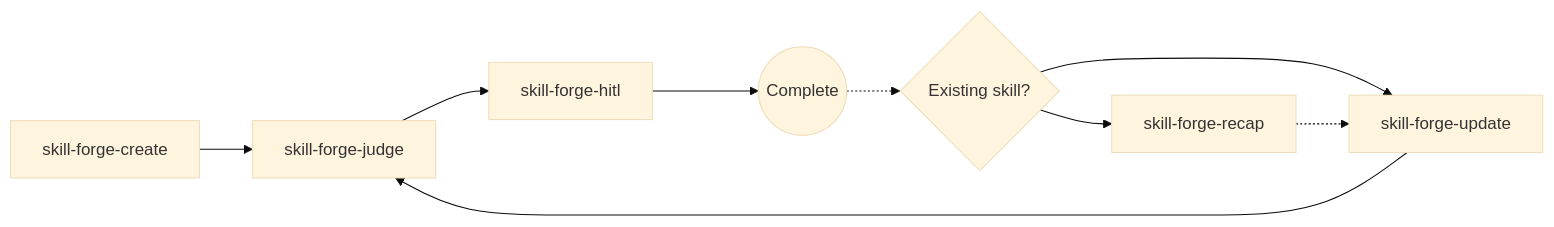
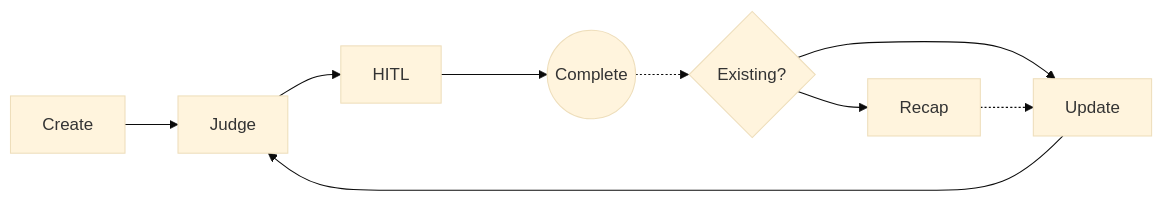
Before and after one commit to WrathZA/skillforge: the diagram in README.md, drawn with Mermaid (base theme).

Commit message:
readme: clean up mermaid diagram labels and styling

````diff
--- a/README.md
+++ b/README.md
@@ -5,11 +5,11 @@
 ```mermaid
 flowchart LR
-    D[skill-forge-create] --> E[skill-forge-judge]
-    A{Existing skill?} --> B[skill-forge-recap]
-    A --> C[skill-forge-update]
+    D[Create] --> E[Judge]
+    A{Existing?} --> B[Recap]
+    A --> C[Update]
     B -.-> C
     C --> E
-    E --> G[skill-forge-hitl]
+    E --> G[HITL]
     G ---> H((Complete))
     H -.-> A
 ```
````
